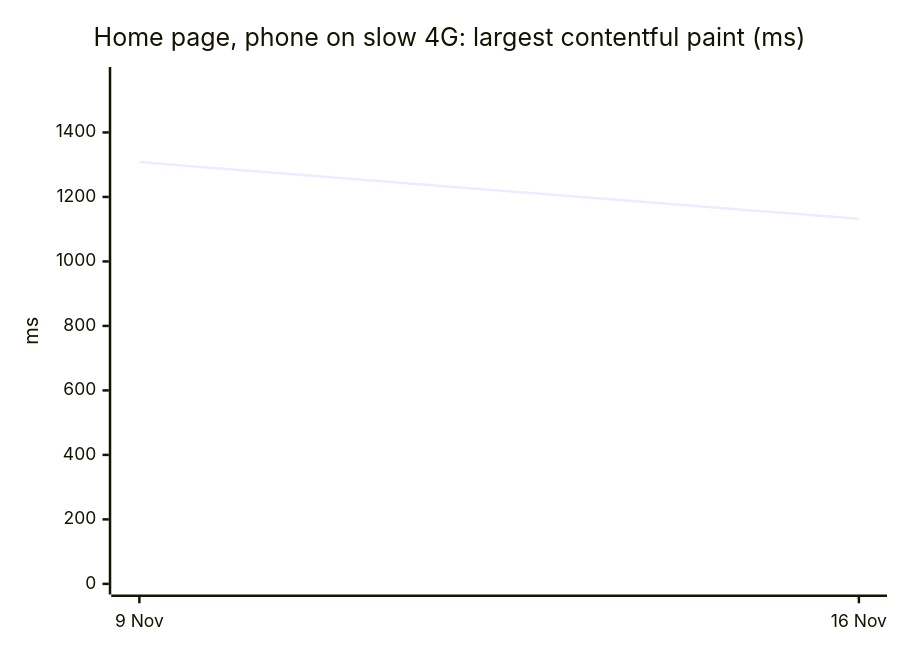
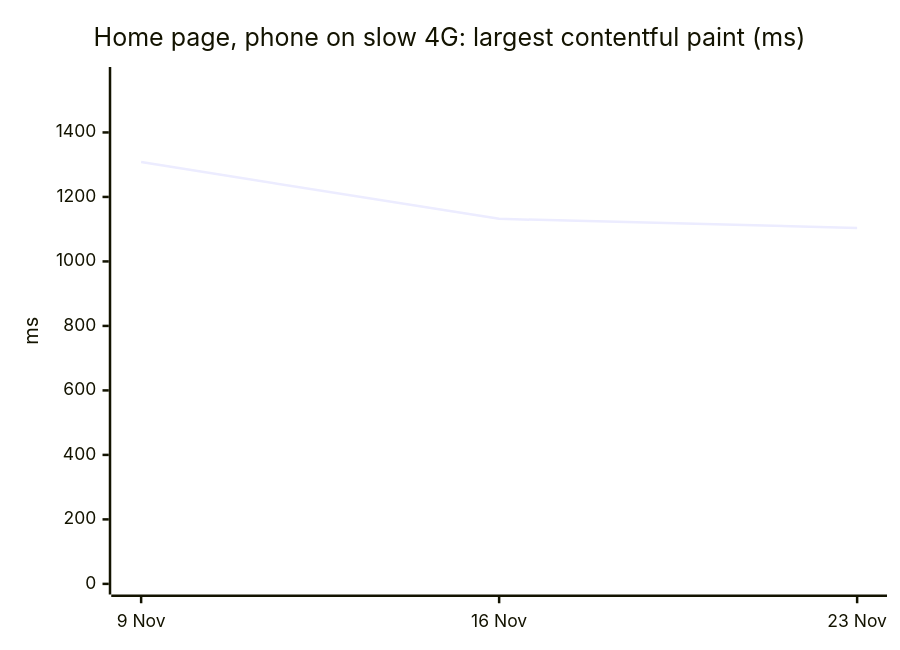
The third of 5 diagrams in README.md (chiragdev1/ckauth), drawn with Mermaid before and after one commit. The commit also changed other lines of this file and 1 other file, not shown here.

````diff
--- a/README.md
+++ b/README.md
@@ -55,7 +55,7 @@
 ```mermaid
 xychart-beta
   title "Home page, phone on slow 4G: largest contentful paint (ms)"
-  x-axis ["9 Nov", "16 Nov"]
+  x-axis ["9 Nov", "16 Nov", "23 Nov"]
   y-axis "ms" 0 --> 1570
-  line [1308, 1132]
+  line [1308, 1132, 1104]
 ```
````
